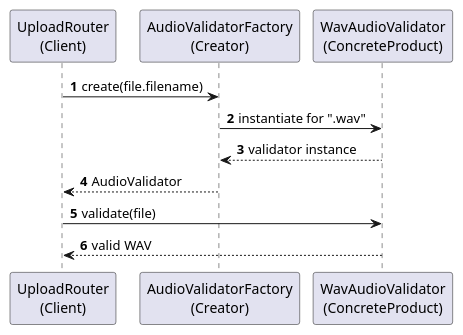
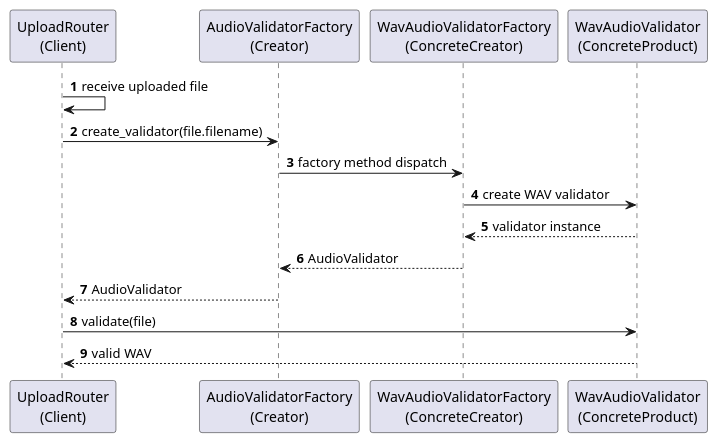
The diagram in docs/software_design_report/diagrams/puml/factory_method_sequence.puml (ASHRAF-2004/Machine-Learning-Based-System-for-Cardiopulmonary-Sound-Separation), drawn with PlantUML before and after one commit. The commit also changed 18 other files, not shown here.

Commit message:
Align Factory Method pattern roles

```diff
--- a/docs/software_design_report/diagrams/puml/factory_method_sequence.puml
+++ b/docs/software_design_report/diagrams/puml/factory_method_sequence.puml
@@ -1,20 +1,24 @@
 @startuml
 ' Factory Method Pattern sequence diagram.
 ' Suggested LaTeX placement: normal page.
 
 skinparam shadowing false
 autonumber
 
 participant "UploadRouter\n(Client)" as Router
 participant "AudioValidatorFactory\n(Creator)" as Factory
+participant "WavAudioValidatorFactory\n(ConcreteCreator)" as WavFactory
 participant "WavAudioValidator\n(ConcreteProduct)" as Validator
 
-Router -> Factory : create(file.filename)
+Router -> Router : receive uploaded file
+Router -> Factory : create_validator(file.filename)
 
-Factory -> Validator : instantiate for ".wav"
-Validator --> Factory : validator instance
+Factory -> WavFactory : factory method dispatch
+WavFactory -> Validator : create WAV validator
+Validator --> WavFactory : validator instance
+WavFactory --> Factory : AudioValidator
 Factory --> Router : AudioValidator
 Router -> Validator : validate(file)
 Validator --> Router : valid WAV
 
 @enduml
```
